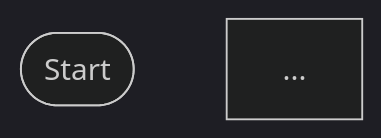
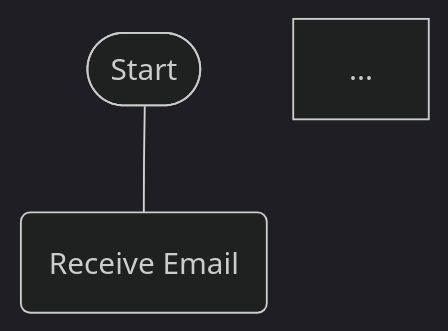
Before and after one commit to joe-dorward/samples: the first of 2 diagrams in 2025_Sage/getting_access_to_a_site.md, drawn with Mermaid (dark theme). The commit also changed other lines of this file, not shown here.

````diff
--- a/2025_Sage/getting_access_to_a_site.md
+++ b/2025_Sage/getting_access_to_a_site.md
@@ -8,8 +9,11 @@
 ```mermaid
 flowchart TD
 
   START@{shape: stadium, label: "Start"}
   START_NOTE[...]
 
+  RECEIVE_EMAIL(Receive Email)
 
+
+  START---RECEIVE_EMAIL
 ```
````
